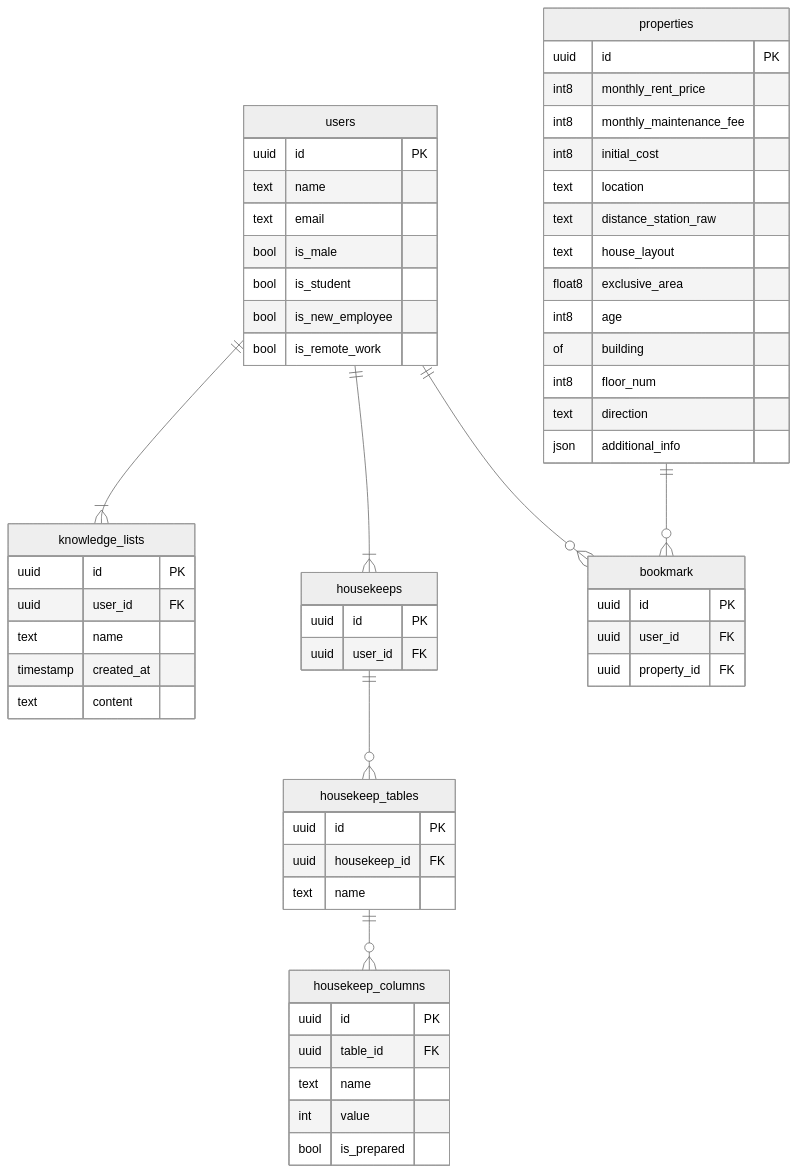
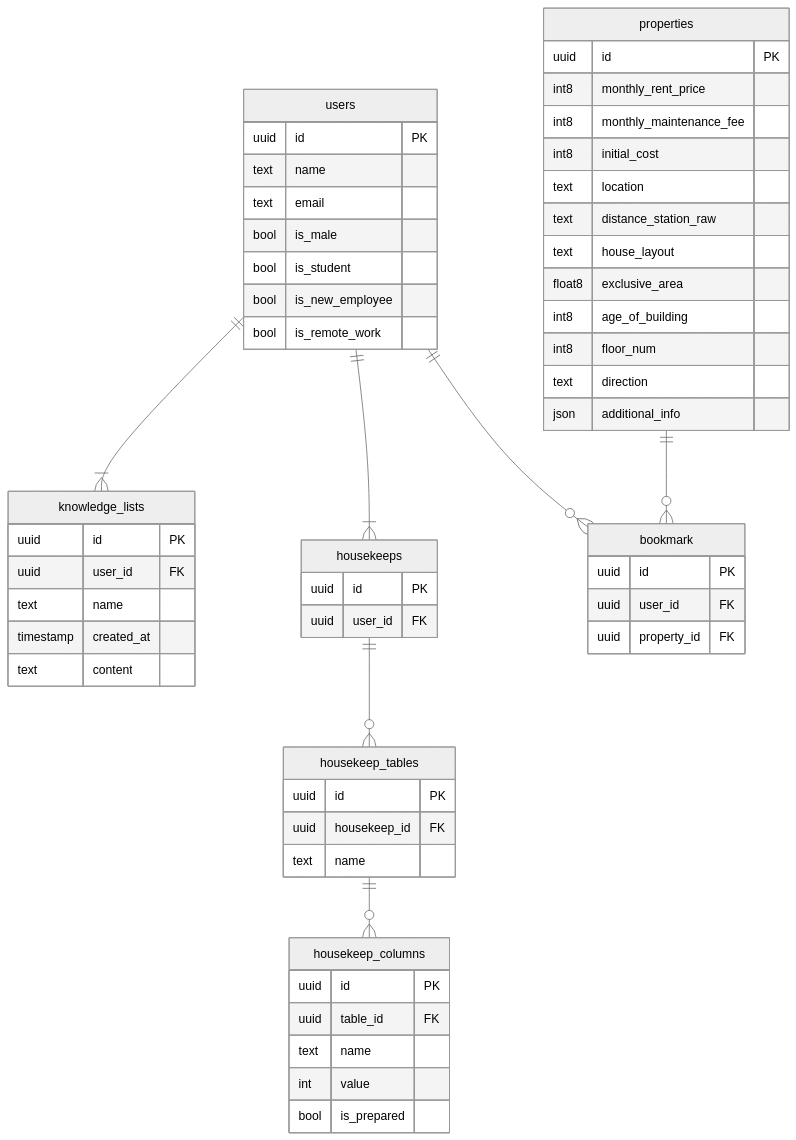
One commit to project-hikkoshiori/hikkoshiori changed the diagram in docs/ER.md. Above: the diagram before and after it, drawn with Mermaid (neutral theme).

Commit message:
fix age of building -> age_of_building

````diff
--- a/docs/ER.md
+++ b/docs/ER.md
@@ -1,70 +1,70 @@
 ```mermaid
 erDiagram
 
     users ||--|{ knowledge_lists: ""
     users ||--|{ housekeeps: ""
     users ||--o{ bookmark: ""
     housekeeps ||--o{ housekeep_tables: ""
     housekeep_tables ||--o{ housekeep_columns: ""
     properties ||--o{ bookmark: ""
 
     users {
         uuid id PK
         text name
         text email
         bool is_male
         bool is_student
         bool is_new_employee
         bool is_remote_work
     }
 
     knowledge_lists {
         uuid id PK
         uuid user_id FK
         text name
         timestamp created_at
         text content
     }
 
     housekeeps {
         uuid id PK
         uuid user_id FK
     }
 
     housekeep_tables {
         uuid id PK
         uuid housekeep_id FK
         text name
     }
 
     housekeep_columns {
         uuid id PK
         uuid table_id FK
         text name
         int value
         bool is_prepared
     }
 
 
     bookmark{
         uuid id PK
         uuid user_id FK
         uuid property_id FK
     }
 
     properties{
         uuid id PK
         int8 monthly_rent_price
         int8 monthly_maintenance_fee
         int8 initial_cost
         text location
         text distance_station_raw
         text house_layout
         float8 exclusive_area
-        int8 age of building
+        int8 age_of_building
         int8 floor_num
         text direction
         json additional_info
     }
 
 ```
````
